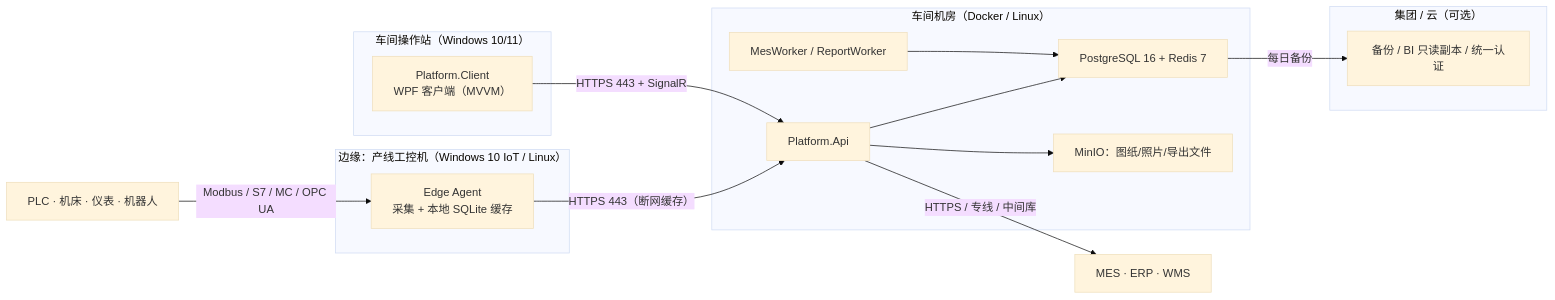
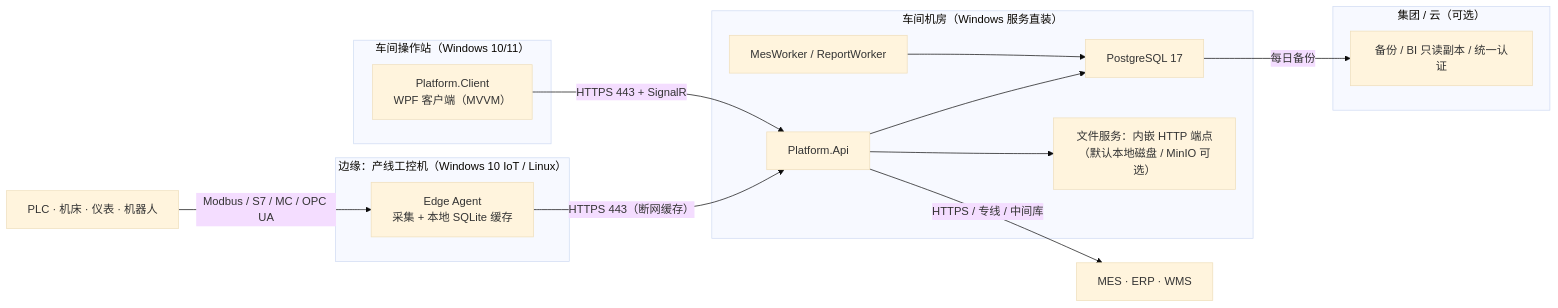
The second of 13 diagrams in docs/02_产品技术设计.md (smart-open/SmartDock), drawn with Mermaid (base theme) before and after one commit. The commit also changed other lines of this file and 6 other files, not shown here.

First line of the commit message:
docs: finalize v1.7 architecture (optional Redis/MinIO, bounded queues, SVG diagram)

````diff
--- a/docs/02_产品技术设计.md
+++ b/docs/02_产品技术设计.md
@@ -91,26 +93,26 @@
 ```mermaid
 graph LR
   subgraph EDGE["边缘：产线工控机（Windows 10 IoT / Linux）"]
     E1["Edge Agent<br/>采集 + 本地 SQLite 缓存"]
   end
   subgraph OPS["车间操作站（Windows 10/11）"]
     C1["Platform.Client<br/>WPF 客户端（MVVM）"]
   end
-  subgraph SHOP["车间机房（Docker / Linux）"]
+  subgraph SHOP["车间机房（Windows 服务直装）"]
     S1["Platform.Api"]
-    S2["PostgreSQL 16 + Redis 7"]
+    S2["PostgreSQL 17"]
     S3["MesWorker / ReportWorker"]
-    S4["MinIO：图纸/照片/导出文件"]
+    S4["文件服务：内嵌 HTTP 端点<br/>（默认本地磁盘 / MinIO 可选）"]
   end
   subgraph CORP["集团 / 云（可选）"]
     K1["备份 / BI 只读副本 / 统一认证"]
   end
   PLC["PLC · 机床 · 仪表 · 机器人"] -->|"Modbus / S7 / MC / OPC UA"| E1
   E1 -->|"HTTPS 443（断网缓存）"| S1
   C1 -->|"HTTPS 443 + SignalR"| S1
   S1 --> S2
   S3 --> S2
   S1 --> S4
   S1 -->|"HTTPS / 专线 / 中间库"| MES["MES · ERP · WMS"]
   S2 -->|"每日备份"| K1
 ```
````
